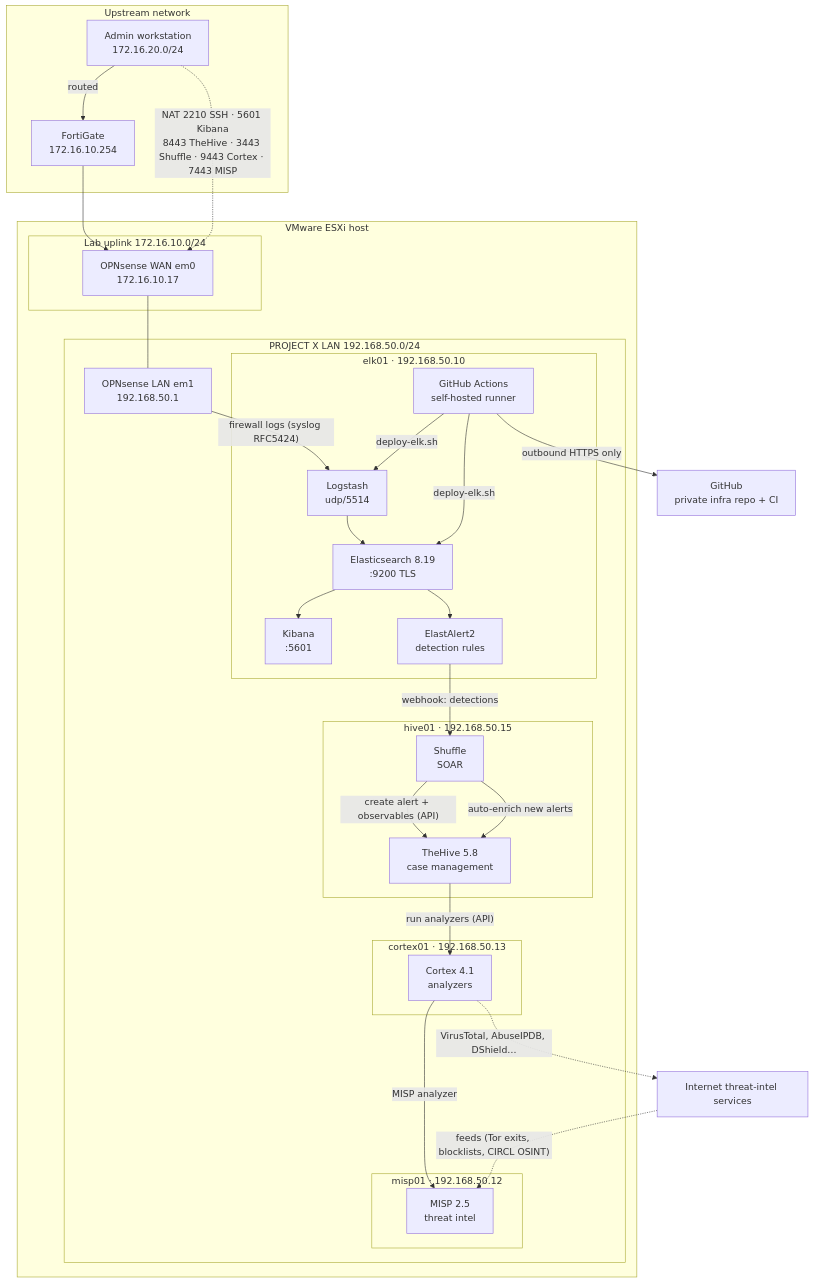
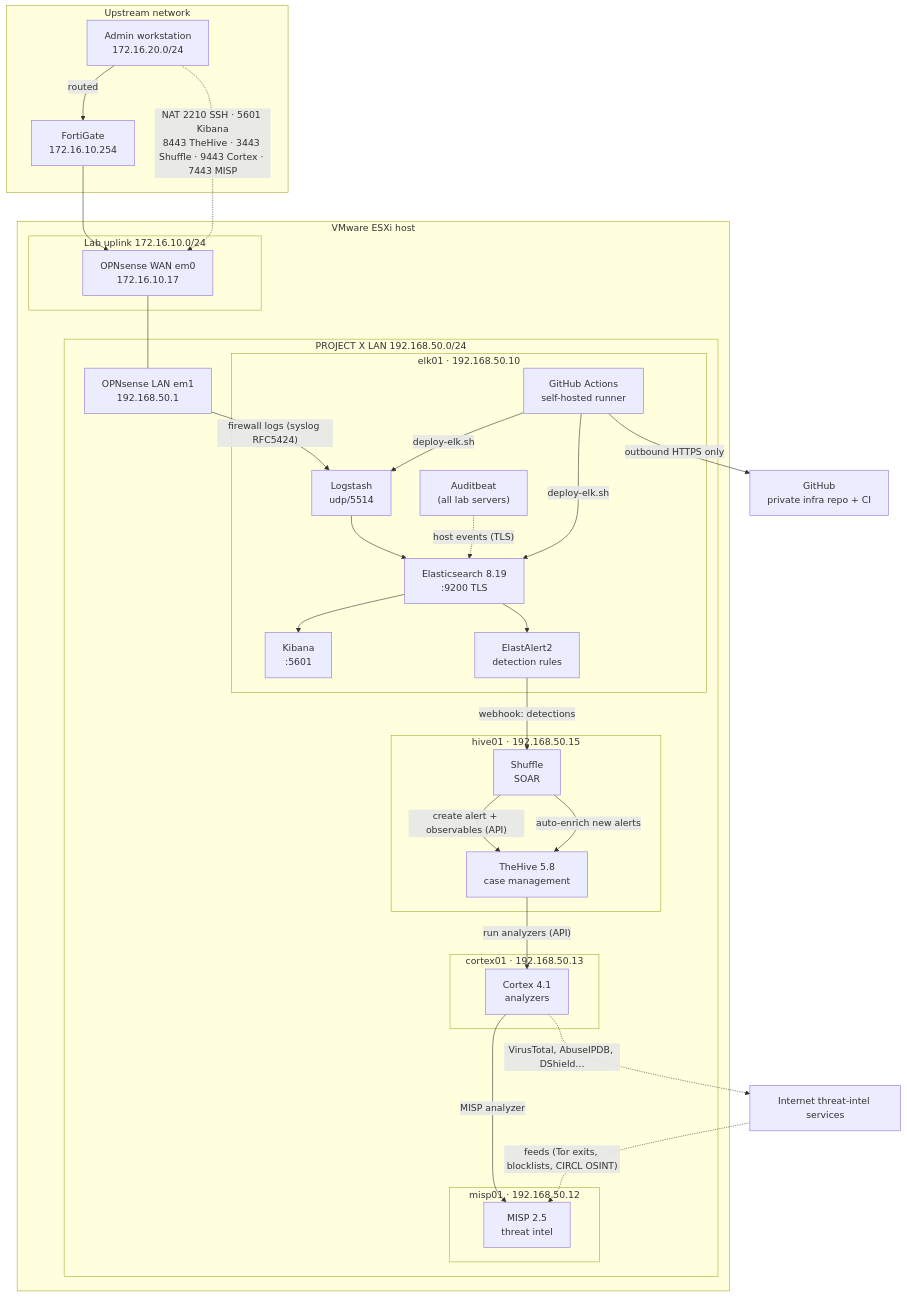
One commit to PENDUSTAA/ProjectX-NextGen-SOC changed the diagram in README.md. Above: the diagram before and after it, drawn with Mermaid. The commit also changed other lines of this file and 9 other files, not shown here.

Commit message:
Host telemetry: Auditbeat on all Linux servers + 3 host detections

````diff
--- a/README.md
+++ b/README.md
@@ -9,50 +9,52 @@
 ```mermaid
 flowchart TB
     subgraph Upstream["Upstream network"]
         FGT["FortiGate<br/>172.16.10.254"]
         ADMIN["Admin workstation<br/>172.16.20.0/24"]
     end
 
     subgraph ESXi["VMware ESXi host"]
         subgraph Uplink["Lab uplink 172.16.10.0/24"]
             WAN["OPNsense WAN em0<br/>172.16.10.17"]
         end
         subgraph LAN["PROJECT X LAN 192.168.50.0/24"]
             OPNL["OPNsense LAN em1<br/>192.168.50.1"]
             subgraph ELK01["elk01 · 192.168.50.10"]
                 LS["Logstash<br/>udp/5514"]
                 ES["Elasticsearch 8.19<br/>:9200 TLS"]
                 KB["Kibana<br/>:5601"]
                 EA["ElastAlert2<br/>detection rules"]
                 RUN["GitHub Actions<br/>self-hosted runner"]
+                AB["Auditbeat<br/>(all lab servers)"]
             end
             subgraph HIVE01["hive01 · 192.168.50.15"]
                 TH["TheHive 5.8<br/>case management"]
                 SH["Shuffle<br/>SOAR"]
             end
             subgraph CX01["cortex01 · 192.168.50.13"]
                 CX["Cortex 4.1<br/>analyzers"]
             end
             subgraph MISP01["misp01 · 192.168.50.12"]
                 MI["MISP 2.5<br/>threat intel"]
             end
         end
     end
 
     GH["GitHub<br/>private infra repo + CI"]
 
     ADMIN -- routed --> FGT --> WAN
     WAN --- OPNL
     OPNL -- "firewall logs (syslog RFC5424)" --> LS --> ES --> KB
     ADMIN -. "NAT 2210 SSH · 5601 Kibana<br/>8443 TheHive · 3443 Shuffle · 9443 Cortex · 7443 MISP" .-> WAN
+    AB -. "host events (TLS)" .-> ES
     ES --> EA -- "webhook: detections" --> SH
     SH -- "create alert + observables (API)" --> TH
     TH -- "run analyzers (API)" --> CX
     CX -- "MISP analyzer" --> MI
     CX -. "VirusTotal, AbuseIPDB, DShield…" .-> NET["Internet threat-intel services"]
     NET -. "feeds (Tor exits, blocklists, CIRCL OSINT)" .-> MI
     SH -- "auto-enrich new alerts" --> TH
     RUN -- "outbound HTTPS only" --> GH
     RUN -- "deploy-elk.sh" --> LS
     RUN -- "deploy-elk.sh" --> ES
 ```
````
